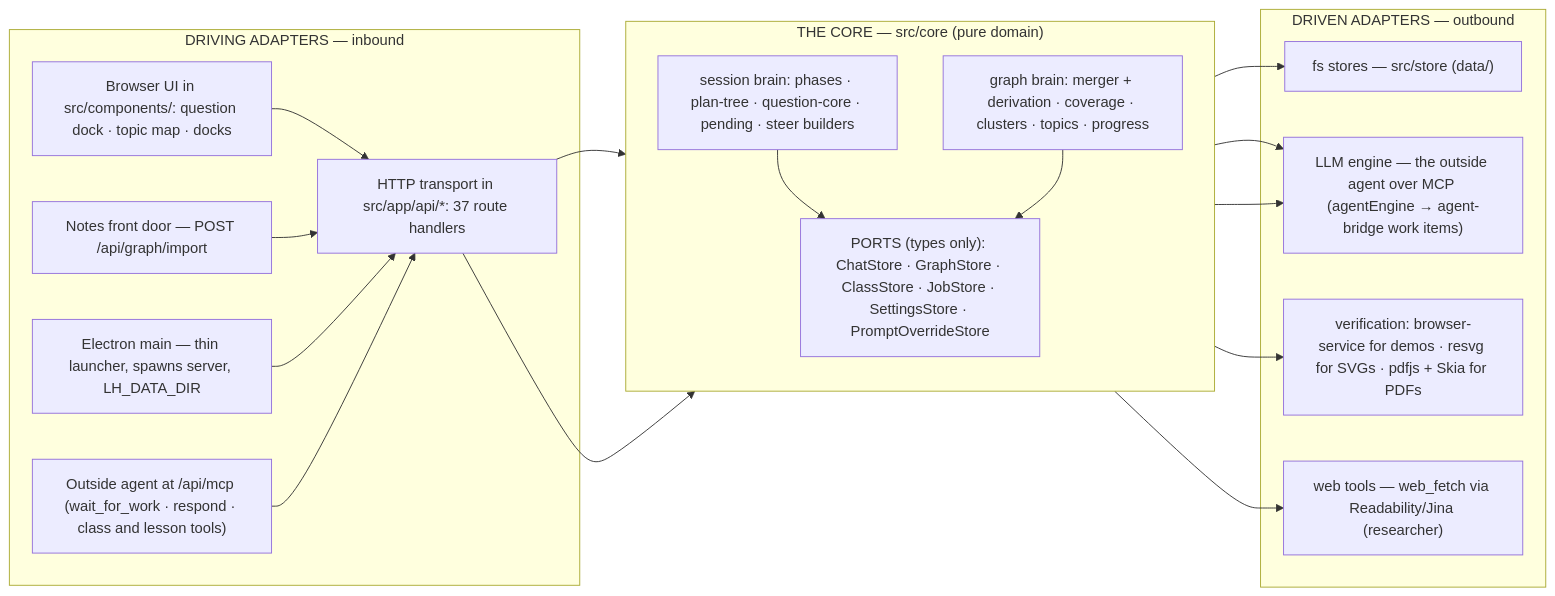
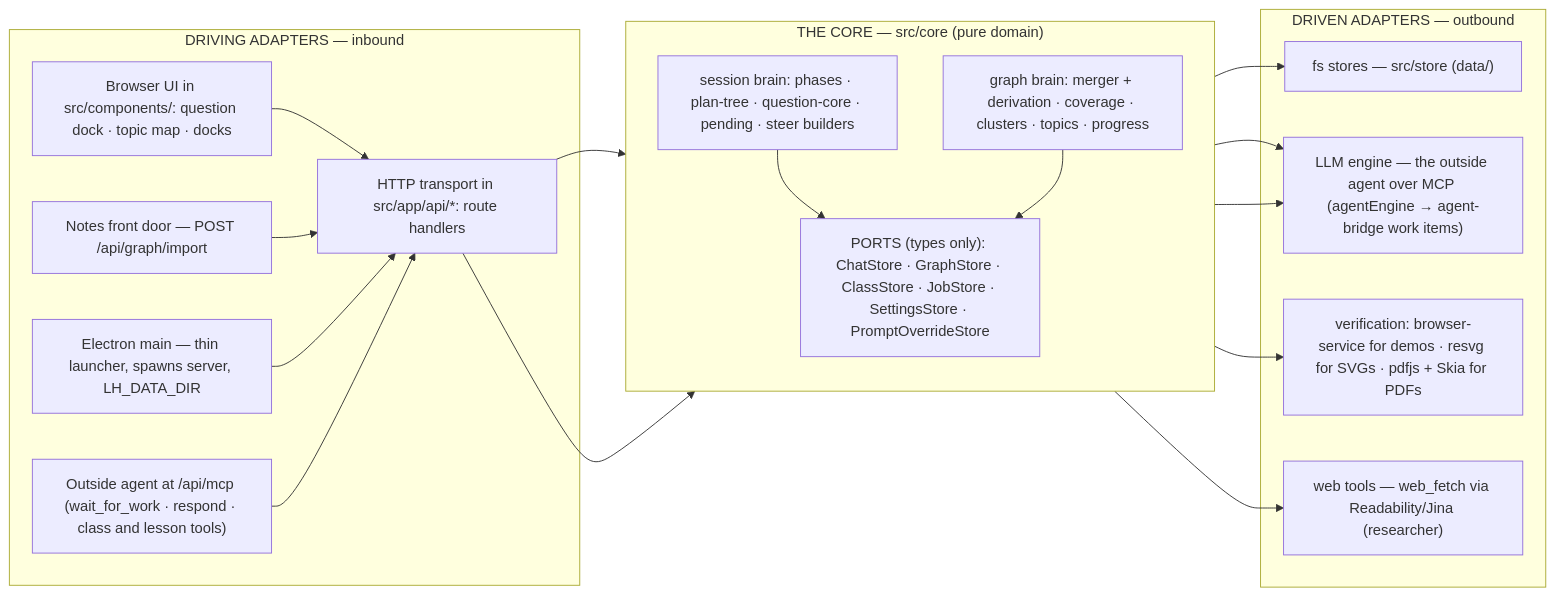
Before and after one commit to bayshores/godspeed: the second of 7 diagrams in docs/architecture.md, drawn with Mermaid. The commit also changed other lines of this file and 1 other file, not shown here.

Commit message:
fix: docs stop counting API routes and list every server module that imports the store

````diff
--- a/docs/architecture.md
+++ b/docs/architecture.md
@@ -171,38 +171,38 @@
 ```mermaid
 flowchart LR
     subgraph DRIVING["DRIVING ADAPTERS — inbound"]
         BROWSER["Browser UI in src/components/: question dock · topic map · docks"]
-        HTTP["HTTP transport in src/app/api/*: 37 route handlers"]
+        HTTP["HTTP transport in src/app/api/*: route handlers"]
         MCPIN["Outside agent at /api/mcp (wait_for_work · respond · class and lesson tools)"]
         NOTES["Notes front door — POST /api/graph/import"]
         ELEC["Electron main — thin launcher, spawns server, LH_DATA_DIR"]
     end
 
     subgraph HEXCORE["THE CORE — src/core (pure domain)"]
         direction TB
         SESS["session brain: phases · plan-tree · question-core · pending · steer builders"]
         GBRAIN["graph brain: merger + derivation · coverage · clusters · topics · progress"]
         PORTSBOX["PORTS (types only): ChatStore · GraphStore · ClassStore · JobStore · SettingsStore · PromptOverrideStore"]
     end
 
     subgraph DRIVEN["DRIVEN ADAPTERS — outbound"]
         FS["fs stores — src/store (data/)"]
         LLM["LLM engine — the outside agent over MCP (agentEngine → agent-bridge work items)"]
         HEAD["verification: browser-service for demos · resvg for SVGs · pdfjs + Skia for PDFs"]
         WEB["web tools — web_fetch via Readability/Jina (researcher)"]
     end
 
     BROWSER --> HTTP
     NOTES --> HTTP
     ELEC --> HTTP
     MCPIN --> HTTP
     HTTP --> SESS
     HTTP --> GBRAIN
     SESS --> PORTSBOX
     GBRAIN --> PORTSBOX
     PORTSBOX --> FS
     SESS --> LLM
     GBRAIN --> LLM
     SESS --> HEAD
     SESS --> WEB
 ```
````
